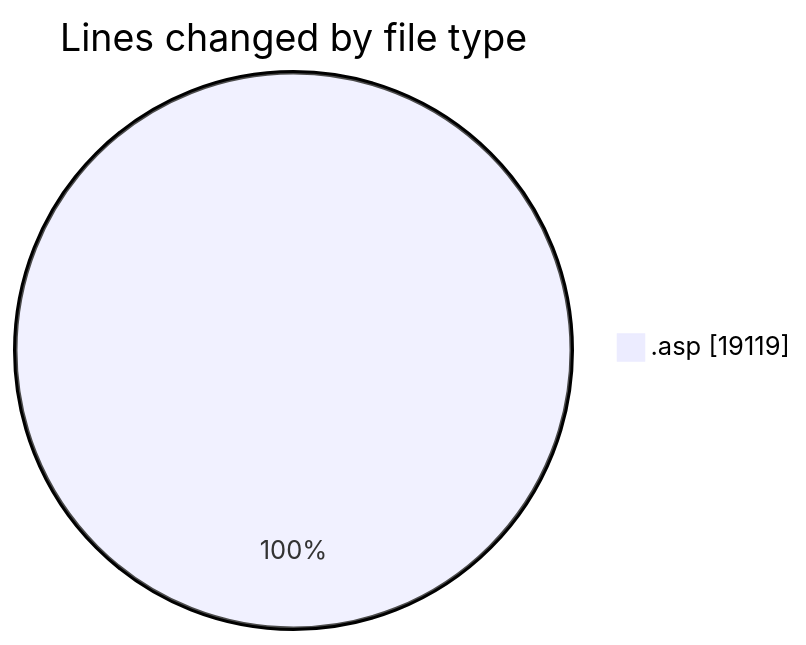
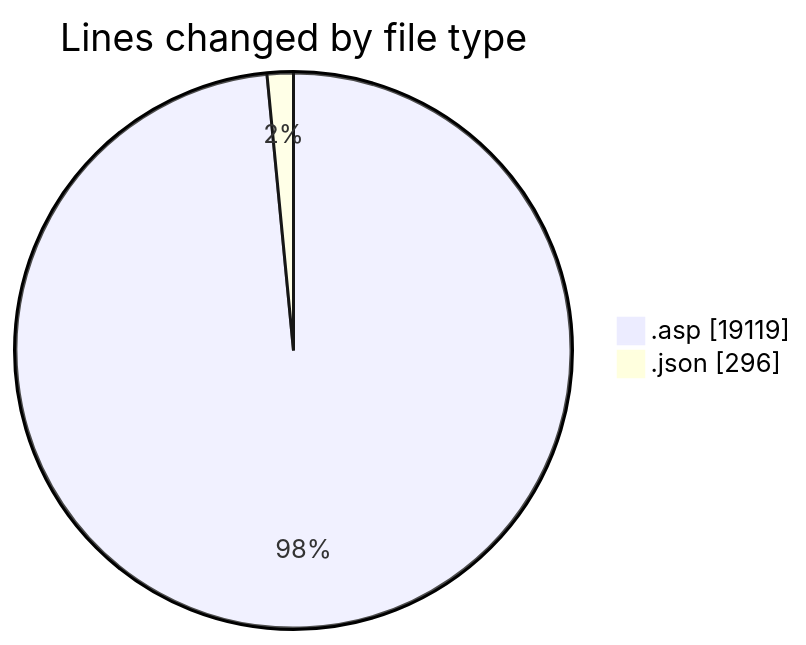
Before and after one commit to julien-gomy/code-tracking: the first of 2 diagrams in 2025-11-01/cdp_aleoudev_fr__workspace_/README.md, drawn with Mermaid. The commit also changed other lines of this file and 1 other file, not shown here.

````diff
--- a/2025-11-01/cdp_aleoudev_fr__workspace_/README.md
+++ b/2025-11-01/cdp_aleoudev_fr__workspace_/README.md
@@ -26,5 +27,6 @@
 ```mermaid
 pie showData
 title Lines changed by file type
 ".asp" : 19119
+".json" : 296
 ```
````
